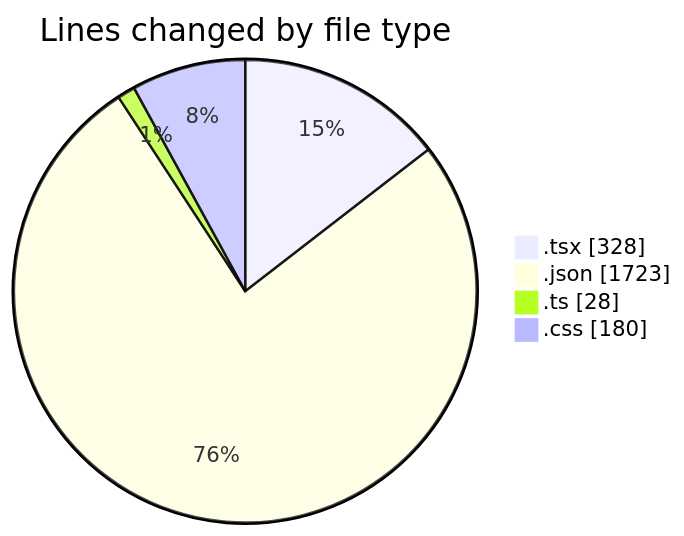
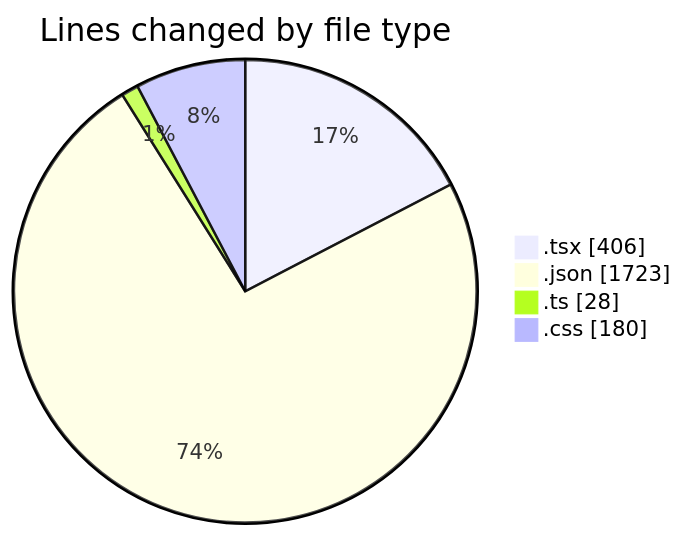
The first of 2 diagrams in 2025-08-04/tw-server/README.md (EIIisD/code-tracking), drawn with Mermaid before and after one commit. The commit also changed other lines of this file and 1 other file, not shown here.

````diff
--- a/2025-08-04/tw-server/README.md
+++ b/2025-08-04/tw-server/README.md
@@ -26,8 +27,8 @@
 ```mermaid
 pie showData
 title Lines changed by file type
-".tsx" : 328
+".tsx" : 406
 ".json" : 1723
 ".ts" : 28
 ".css" : 180
 ```
````
